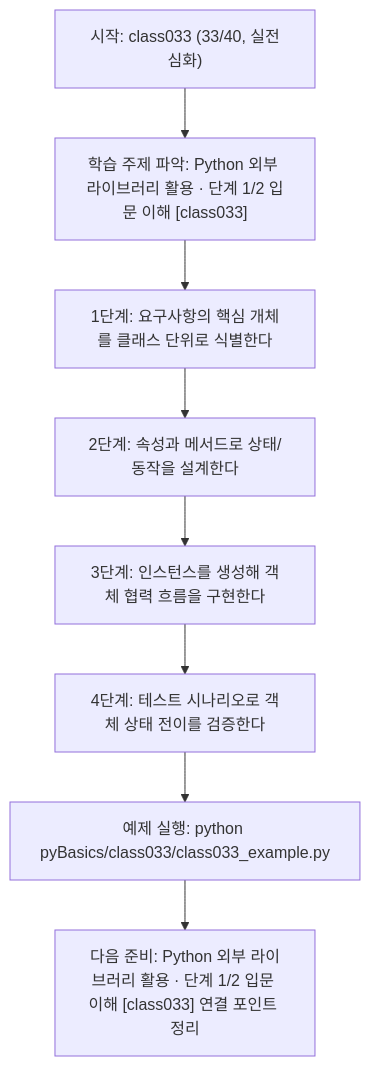
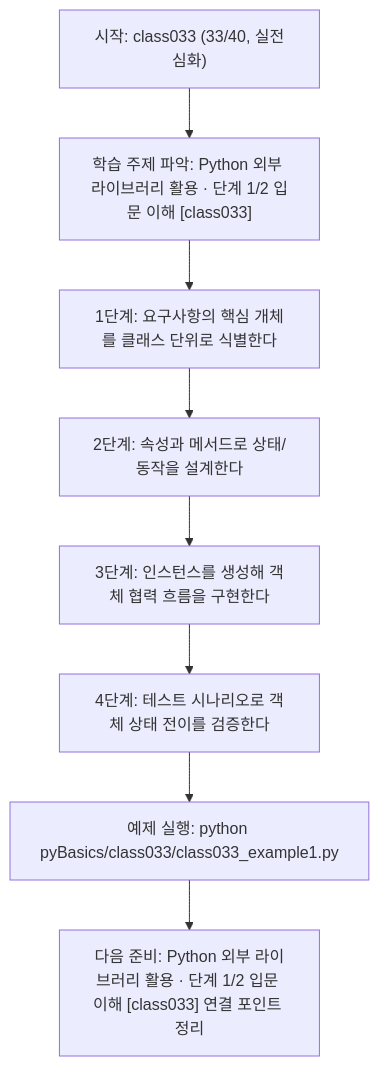
The diagram in pyBasics/class033/class033.md (edumgt/Python-AI_Agent-Class), drawn with Mermaid before and after one commit. The commit also changed other lines of this file and 2959 other files, not shown here.

````diff
--- a/pyBasics/class033/class033.md
+++ b/pyBasics/class033/class033.md
@@ -108,18 +108,18 @@
 ```mermaid
 flowchart TD
 N1["시작: class033 (33/40, 실전심화)"]
 N2["학습 주제 파악: Python 외부 라이브러리 활용 · 단계 1/2 입문 이해 [class033]"]
 N3["1단계: 요구사항의 핵심 개체를 클래스 단위로 식별한다"]
 N4["2단계: 속성과 메서드로 상태/동작을 설계한다"]
 N5["3단계: 인스턴스를 생성해 객체 협력 흐름을 구현한다"]
 N6["4단계: 테스트 시나리오로 객체 상태 전이를 검증한다"]
-N7["예제 실행: python pyBasics/class033/class033_example.py"]
+N7["예제 실행: python pyBasics/class033/class033_example1.py"]
 N8["다음 준비: Python 외부 라이브러리 활용 · 단계 1/2 입문 이해 [class033] 연결 포인트 정리"]
 N1 --> N2
 N2 --> N3
 N3 --> N4
 N4 --> N5
 N5 --> N6
 N6 --> N7
 N7 --> N8
 ```
````
